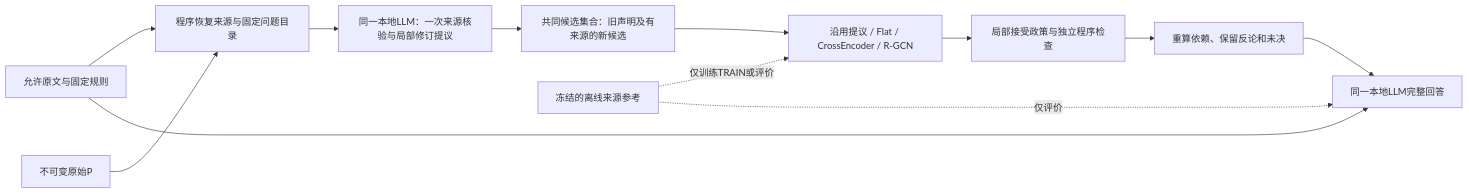
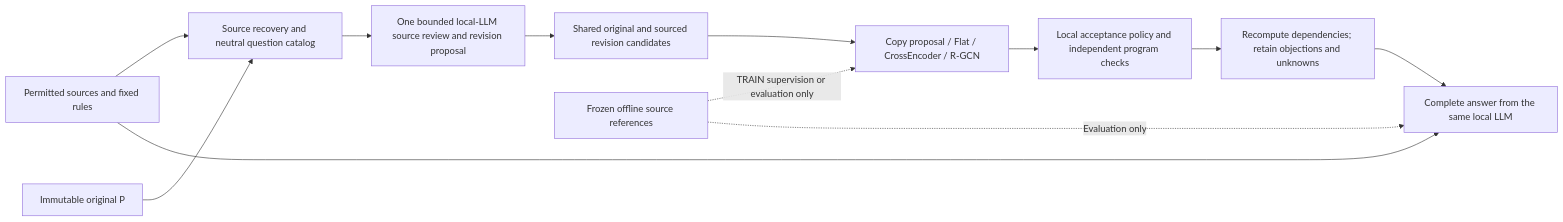
The diagram in outputs/source-grounded-verification-design-v1/report-zh.md (ChanStormstout/legal-fact-benchmark), drawn with Mermaid before and after one commit. The commit also changed other lines of this file and 128 other files, not shown here.

````diff
--- a/outputs/source-grounded-verification-design-v1/report-zh.md
+++ b/outputs/source-grounded-verification-design-v1/report-zh.md
@@ -83,14 +77,14 @@
 ```mermaid
 flowchart LR
-  S[允许原文与固定规则] --> C[程序恢复来源与固定问题目录]
-  P[不可变原始P] --> C
-  C --> V[同一本地LLM：一次来源核验与局部修订提议]
-  V --> Q[共同候选集合：旧声明及有来源的新候选]
-  Q --> M[沿用提议 / Flat / CrossEncoder / R-GCN]
-  M --> K[局部接受政策与独立程序检查]
-  K --> T[重算依赖、保留反论和未决]
-  T --> F[同一本地LLM完整回答]
+  S[Permitted sources and fixed rules] --> C[Source recovery and neutral question catalog]
+  P[Immutable original P] --> C
+  C --> V[One bounded local-LLM source review and revision proposal]
+  V --> Q[Shared original and sourced revision candidates]
+  Q --> M[Copy proposal / Flat / CrossEncoder / R-GCN]
+  M --> K[Local acceptance policy and independent program checks]
+  K --> T[Recompute dependencies; retain objections and unknowns]
+  T --> F[Complete answer from the same local LLM]
   S --> F
-  R[冻结的离线来源参考] -.仅训练TRAIN或评价.-> M
-  R -.仅评价.-> F
+  R[Frozen offline source references] -. TRAIN supervision or evaluation only .-> M
+  R -. Evaluation only .-> F
 ```
````
